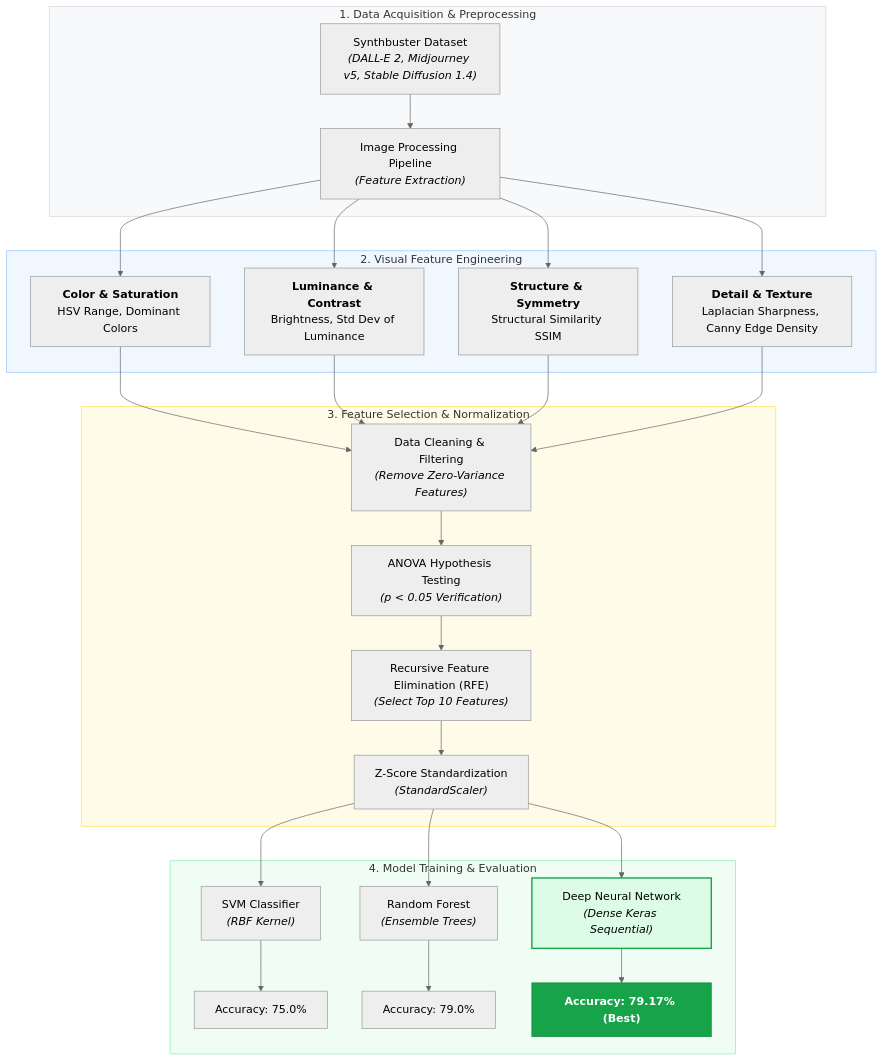
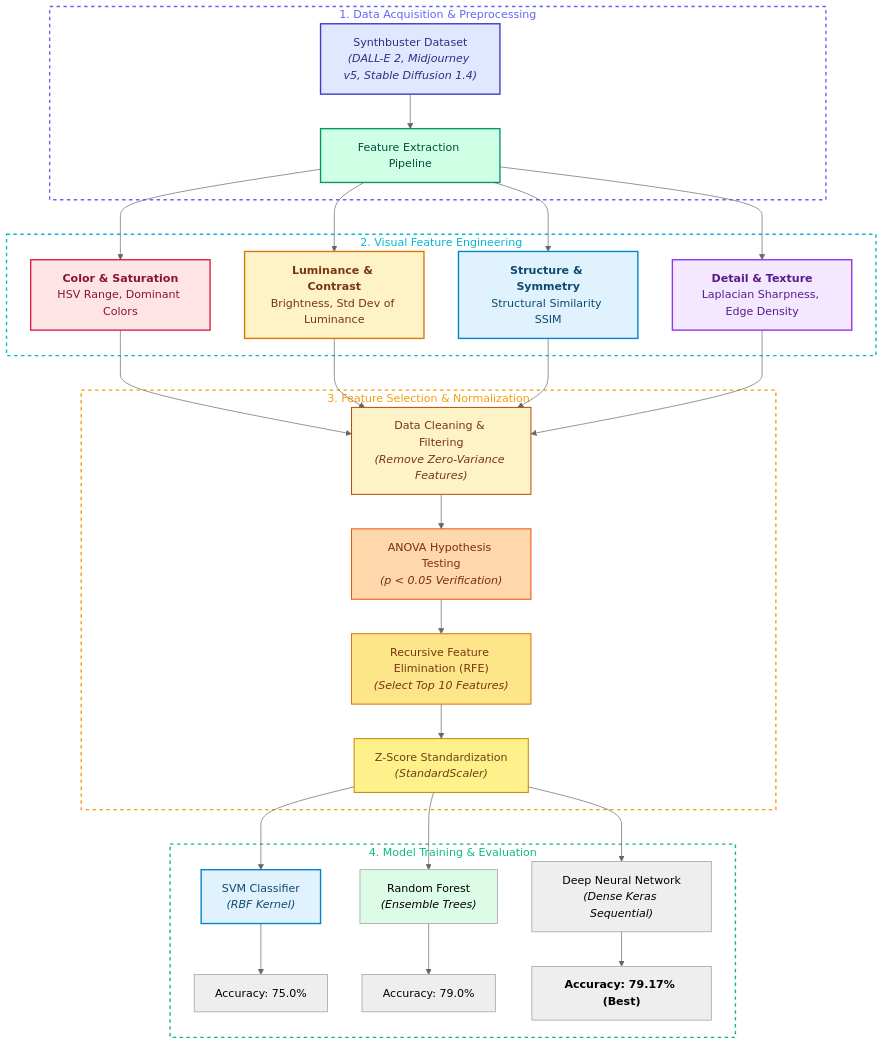
The diagram in README.md (Elif-ozge/Can-Diffusion-Models-Be-Visually-Distinguished-A-Feature-Based-Investigation), drawn with Mermaid (neutral theme) before and after one commit. The commit also changed other lines of this file, not shown here.

Commit message:
Refine methodology section in README

````diff
--- a/README.md
+++ b/README.md
@@ -45,42 +47,57 @@
 ```mermaid
 graph TD
     %% Dataset & Preprocessing
     subgraph STEP1["1. Data Acquisition & Preprocessing"]
-        A["Synthbuster Dataset<br/><i>(DALL-E 2, Midjourney v5, Stable Diffusion 1.4)</i>"] --> B["Image Processing Pipeline<br/><i>(Feature Extraction)</i>"]
+        A[" Synthbuster Dataset<br/><i>(DALL-E 2, Midjourney v5, Stable Diffusion 1.4)</i>"] --> B[" Feature Extraction Pipeline"]
     end
 
     %% Feature Extraction Breakdown
     subgraph STEP2["2. Visual Feature Engineering"]
-        B --> C1["<b>Color & Saturation</b><br/>HSV Range, Dominant Colors"]
-        B --> C2["<b>Luminance & Contrast</b><br/>Brightness, Std Dev of Luminance"]
-        B --> C3["<b>Structure & Symmetry</b><br/>Structural Similarity SSIM"]
-        B --> C4["<b>Detail & Texture</b><br/>Laplacian Sharpness, Canny Edge Density"]
+        B --> C1[" <b>Color & Saturation</b><br/>HSV Range, Dominant Colors"]
+        B --> C2[" <b>Luminance & Contrast</b><br/>Brightness, Std Dev of Luminance"]
+        B --> C3[" <b>Structure & Symmetry</b><br/>Structural Similarity SSIM"]
+        B --> C4[" <b>Detail & Texture</b><br/>Laplacian Sharpness, Edge Density"]
     end
 
     %% Feature Selection & Normalization
     subgraph STEP3["3. Feature Selection & Normalization"]
-        C1 & C2 & C3 & C4 --> D["Data Cleaning & Filtering<br/><i>(Remove Zero-Variance Features)</i>"]
-        D --> E["ANOVA Hypothesis Testing<br/><i>(p < 0.05 Verification)</i>"]
-        E --> F["Recursive Feature Elimination (RFE)<br/><i>(Select Top 10 Features)</i>"]
-        F --> G["Z-Score Standardization<br/><i>(StandardScaler)</i>"]
+        C1 & C2 & C3 & C4 --> D[" Data Cleaning & Filtering<br/><i>(Remove Zero-Variance Features)</i>"]
+        D --> E[" ANOVA Hypothesis Testing<br/><i>(p < 0.05 Verification)</i>"]
+        E --> F[" Recursive Feature Elimination (RFE)<br/><i>(Select Top 10 Features)</i>"]
+        F --> G[" Z-Score Standardization<br/><i>(StandardScaler)</i>"]
     end
 
     %% Modeling & Classification
     subgraph STEP4["4. Model Training & Evaluation"]
-        G --> H1["SVM Classifier<br/><i>(RBF Kernel)</i>"]
-        G --> H2["Random Forest<br/><i>(Ensemble Trees)</i>"]
-        G --> H3["Deep Neural Network<br/><i>(Dense Keras Sequential)</i>"]
+        G --> H1[" SVM Classifier<br/><i>(RBF Kernel)</i>"]
+        G --> H2[" Random Forest<br/><i>(Ensemble Trees)</i>"]
+        G --> H3[" Deep Neural Network<br/><i>(Dense Keras Sequential)</i>"]
 
         H1 --> I1["Accuracy: 75.0%"]
         H2 --> I2["Accuracy: 79.0%"]
-        H3 --> I3["<b>Accuracy: 79.17% (Best)</b>"]
+        H3 --> I3[" <b>Accuracy: 79.17% (Best)</b>"]
     end
 
-    %% Styling
-    style STEP1 fill:#f8f9fa,stroke:#d1d5db,stroke-width:1px
-    style STEP2 fill:#f0f7ff,stroke:#93c5fd,stroke-width:1px
-    style STEP3 fill:#fefce8,stroke:#fde047,stroke-width:1px
-    style STEP4 fill:#f0fdf4,stroke:#86efac,stroke-width:1px
-    style H3 fill:#dcfce7,stroke:#16a34a,stroke-width:2px
-    style I3 fill:#16a34a,stroke:#15803d,color:#ffffff,font-weight:bold
+    %% Transparent background for subgraphs
+    style STEP1 fill:none,stroke:#6366f1,stroke-width:2px,stroke-dasharray: 5 5,color:#6366f1
+    style STEP2 fill:none,stroke:#06b6d4,stroke-width:2px,stroke-dasharray: 5 5,color:#06b6d4
+    style STEP3 fill:none,stroke:#f59e0b,stroke-width:2px,stroke-dasharray: 5 5,color:#f59e0b
+    style STEP4 fill:none,stroke:#10b981,stroke-width:2px,stroke-dasharray: 5 5,color:#10b981
+
+    %% Colorful Node Styles
+    style A fill:#e0e7ff,stroke:#4338ca,stroke-width:2px,color:#312e81
+    style B fill:#cfffe5,stroke:#059669,stroke-width:2px,color:#064e3b
+
+    style C1 fill:#ffe4e6,stroke:#e11d48,stroke-width:2px,color:#881337
+    style C2 fill:#fef3c7,stroke:#d97706,stroke-width:2px,color:#78350f
+    style C3 fill:#e0f2fe,stroke:#0284c7,stroke-width:2px,color:#0c4a6e
+    style C4 fill:#f3e8ff,stroke:#9333ea,stroke-width:2px,color:#581c87
+
+    style D fill:#fef3c7,stroke:#b45309,stroke-width:1.5px,color:#78350f
+    style E fill:#fed7aa,stroke:#ea580c,stroke-width:1.5px,color:#7c2d12
+    style F fill:#fde68a,stroke:#d97706,stroke-width:1.5px,color:#78350f
+    style G fill:#fef08a,stroke:#ca8a04,stroke-width:1.5px,color:#713f12
+
+    style H1 fill:#e0f2fe,stroke:#0284c7,stroke-width:2px,color:#0c4a6e
+    style H2 fill:#dcfce7,stroke
 ```
````
